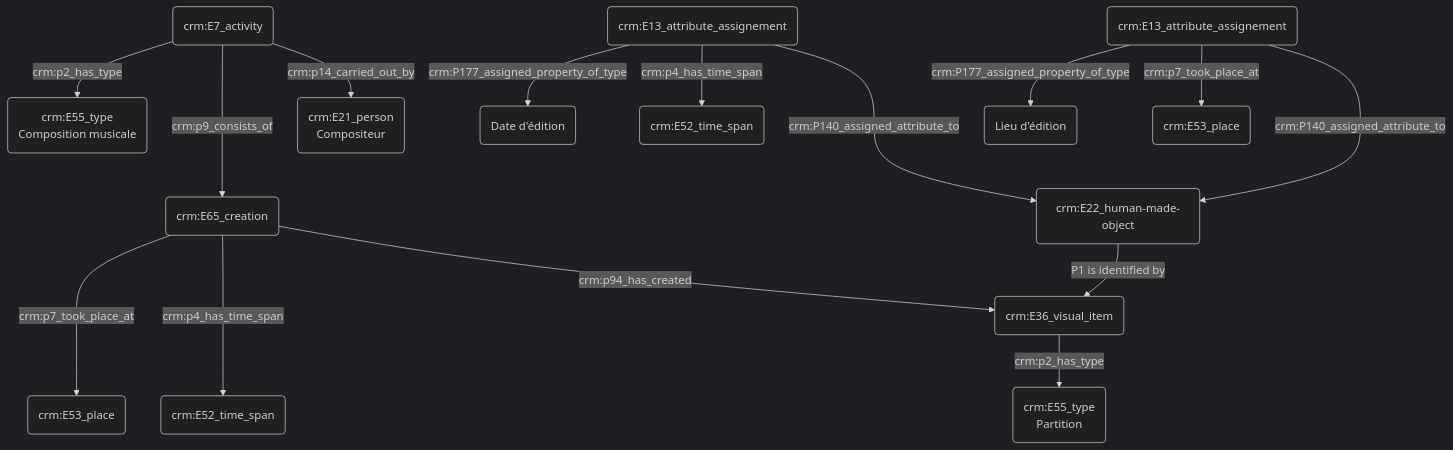
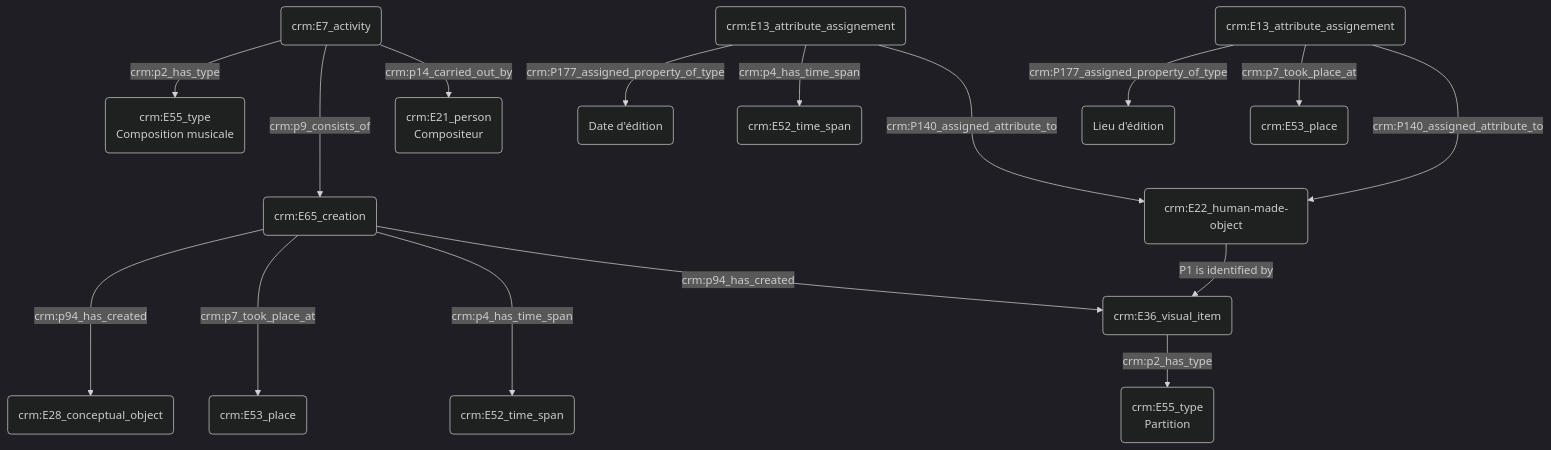
Before and after one commit to Amleth/consortium-musica2-gt2-ontologies: the second of 2 diagrams in modules/indexation_conceptuelle/index.md, drawn with Mermaid (dark theme).

````diff
--- a/modules/indexation_conceptuelle/index.md
+++ b/modules/indexation_conceptuelle/index.md
@@ -33,23 +33,24 @@
 ```mermaid
 graph TD;
 E(crm:E7_activity) --> |crm:p14_carried_out_by| C(crm:E21_person<br>Compositeur)
 A(crm:E36_visual_item) --> |crm:p2_has_type| B(crm:E55_type<br>Partition)
 E(crm:E7_activity) --->|crm:p9_consists_of| D(crm:E65_creation)
 E(crm:E7_activity) --> |crm:p2_has_type| F(crm:E55_type<br>Composition musicale)
 
 D(crm:E65_creation) --> |crm:p94_has_created| A(crm:E36_visual_item)
 D(crm:E65_creation) ---> |crm:p4_has_time_span| H(crm:E52_time_span)
 D(crm:E65_creation) ---> |crm:p7_took_place_at| I(crm:E53_place)
+D(crm:E65_creation) ---> |crm:p94_has_created| P(crm:E28_conceptual_object)
 
 G(crm:E22_human-made-object)--> |P1 is identified by| A(crm:E36_visual_item)
 J(crm:E13_attribute_assignement) ---> |crm:P140_assigned_attribute_to| G(crm:E22_human-made-object)
 J(crm:E13_attribute_assignement) --> |crm:p4_has_time_span| K(crm:E52_time_span)
 J(crm:E13_attribute_assignement) --> |crm:P177_assigned_property_of_type| N(Date d'édition)
 
 L(crm:E13_attribute_assignement) ---> |crm:P140_assigned_attribute_to| G(crm:E22_human-made-object)
 L(crm:E13_attribute_assignement) --> |crm:p7_took_place_at| M(crm:E53_place)
 L(crm:E13_attribute_assignement) --> |crm:P177_assigned_property_of_type| O(Lieu d'édition)
 
 
 
 ```
````
